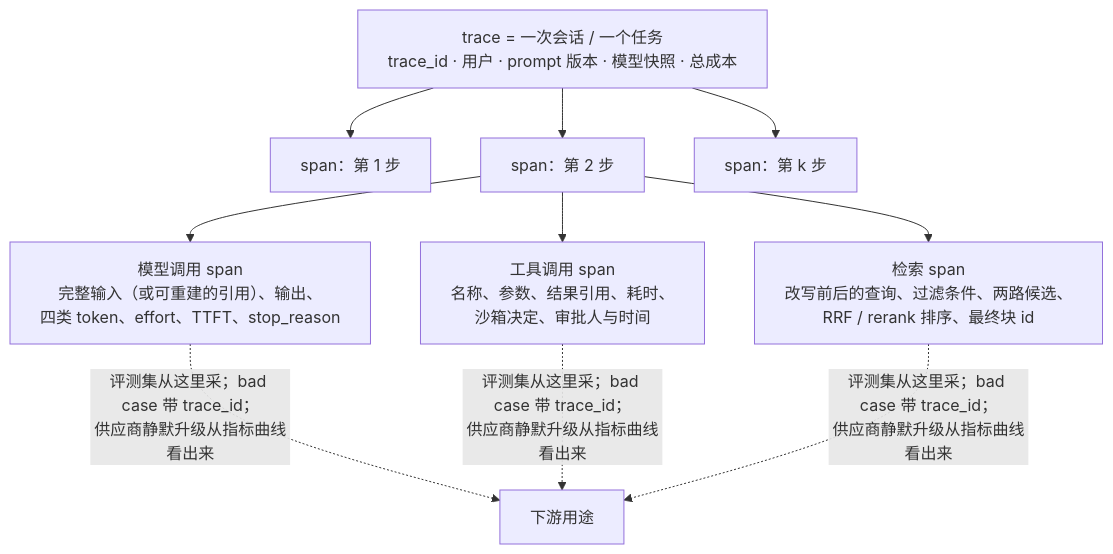
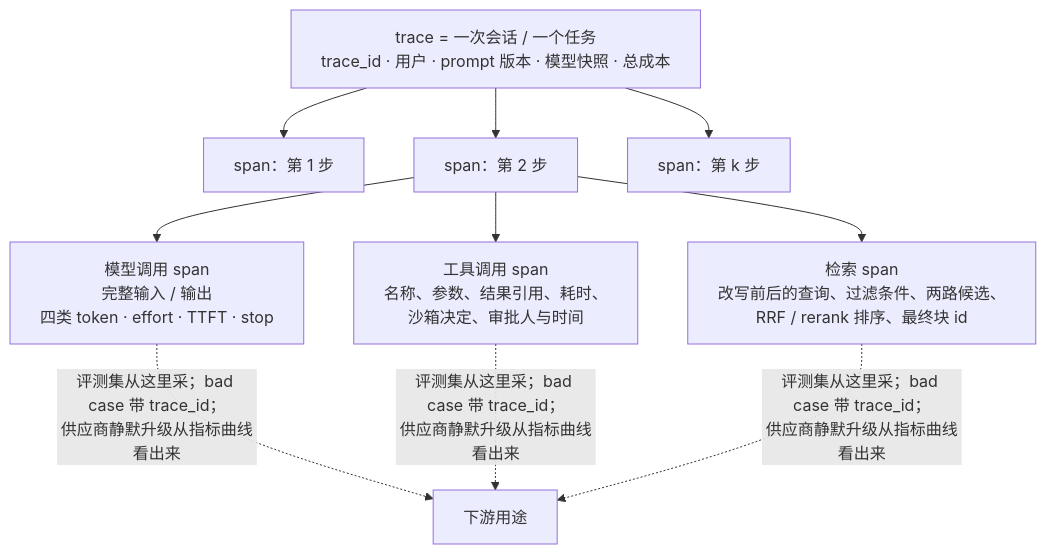
One commit to arganzheng/arganzheng.github.com changed the seventh of 10 diagrams in slides/2026-11-06-evals-and-observability.md. Above: the diagram before and after it, drawn with Mermaid. The commit also changed other lines of this file, not shown here.

Commit message:
slides(2026-11-06-evals-and-observability): 图内文字 ≥14px——标签缩短/拆分/Unicode 数学

````diff
--- a/slides/2026-11-06-evals-and-observability.md
+++ b/slides/2026-11-06-evals-and-observability.md
@@ -209,11 +209,11 @@
 ```mermaid
 %%{init: {"flowchart": {"wrappingWidth": 400}}}%%
 flowchart TB
     T["trace = 一次会话 / 一个任务<br/>trace_id · 用户 · prompt 版本 · 模型快照 · 总成本"]
     T --> S1["span：第 1 步"] & S2["span：第 2 步"] & S3["span：第 k 步"]
-    S2 --> M["模型调用 span<br/>完整输入（或可重建的引用）、输出、<br/>四类 token、effort、TTFT、stop_reason"]
+    S2 --> M["模型调用 span<br/>完整输入 / 输出<br/>四类 token · effort · TTFT · stop"]
     S2 --> TO["工具调用 span<br/>名称、参数、结果引用、耗时、<br/>沙箱决定、审批人与时间"]
     S2 --> RT["检索 span<br/>改写前后的查询、过滤条件、两路候选、<br/>RRF / rerank 排序、最终块 id"]
     M & TO & RT -. "评测集从这里采；bad case 带 trace_id；<br/>供应商静默升级从指标曲线看出来" .-> U["下游用途"]
 
 ```
````
